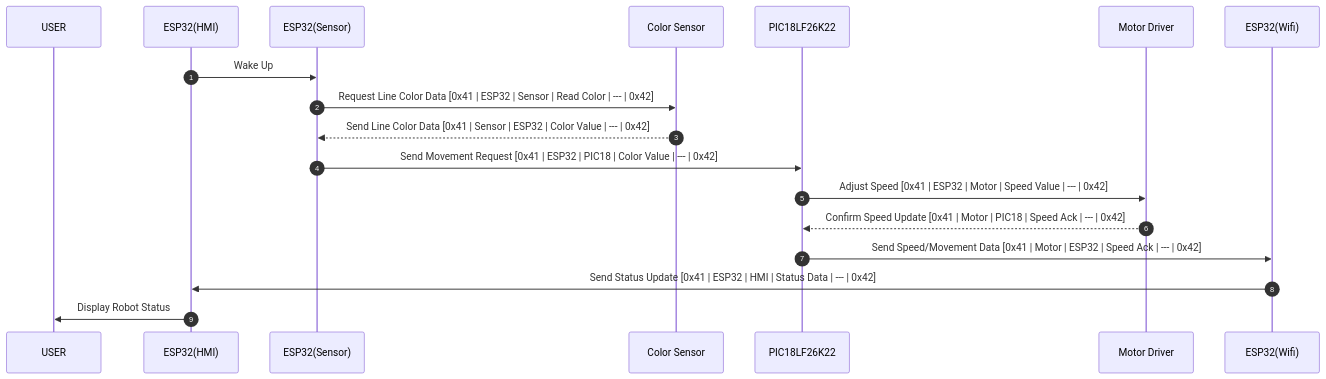
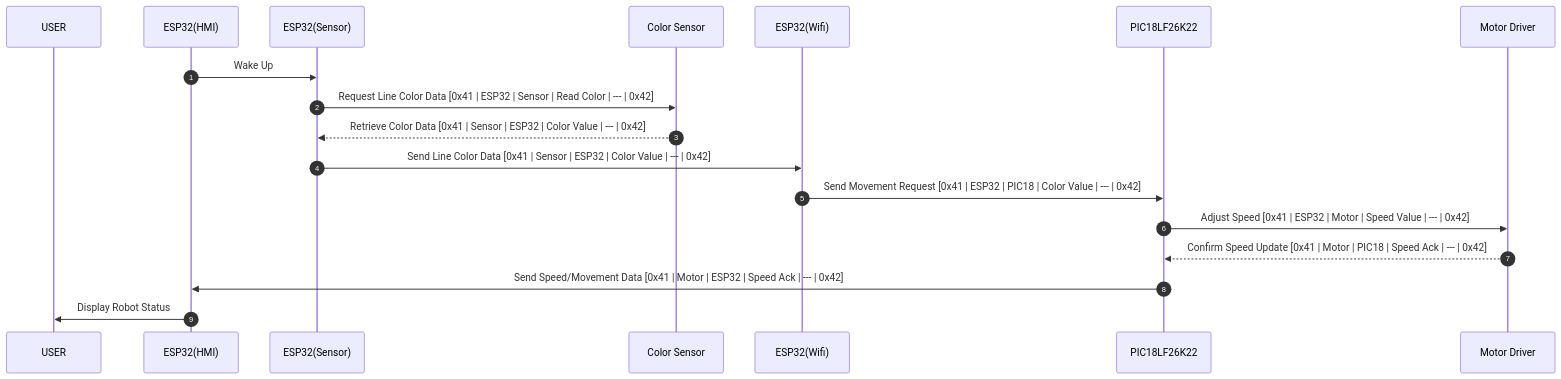
Before and after one commit to ASU-EGR314-2025-S-305/ASU-EGR314-2025-S-305.github.io: the second of 2 diagrams in docs/2-Block-Diagram.md, drawn with Mermaid. The commit also changed other lines of this file, not shown here.

````diff
--- a/docs/2-Block-Diagram.md
+++ b/docs/2-Block-Diagram.md
@@ -159,21 +159,21 @@
 ```mermaid
 sequenceDiagram
     autonumber
     participant USER
     participant ESP32(HMI)
     participant ESP32(Sensor)
     participant Color Sensor
+    participant ESP32(Wifi)
     participant PIC18LF26K22
     participant Motor Driver
-    participant ESP32(Wifi)
-
+    
     ESP32(HMI)->>ESP32(Sensor): Wake Up
     ESP32(Sensor)->>Color Sensor: Request Line Color Data [0x41 | ESP32 | Sensor | Read Color | --- | 0x42]
-    Color Sensor-->>ESP32(Sensor): Send Line Color Data [0x41 | Sensor | ESP32 | Color Value | --- | 0x42]
-    ESP32(Sensor)->>PIC18LF26K22: Send Movement Request [0x41 | ESP32 | PIC18 | Color Value | --- | 0x42]
+    Color Sensor-->>ESP32(Sensor): Retrieve Color Data [0x41 | Sensor | ESP32 | Color Value | --- | 0x42]
+    ESP32(Sensor)->>ESP32(Wifi): Send Line Color Data [0x41 | Sensor | ESP32 | Color Value | --- | 0x42]
+    ESP32(Wifi)->>PIC18LF26K22: Send Movement Request [0x41 | ESP32 | PIC18 | Color Value | --- | 0x42]
     PIC18LF26K22->>Motor Driver: Adjust Speed [0x41 | ESP32 | Motor | Speed Value | --- | 0x42]
     Motor Driver-->>PIC18LF26K22: Confirm Speed Update [0x41 | Motor | PIC18 | Speed Ack | --- | 0x42]
-    PIC18LF26K22->>ESP32(Wifi): Send Speed/Movement Data [0x41 | Motor | ESP32 | Speed Ack | --- | 0x42]
-    ESP32(Wifi)->>ESP32(HMI): Send Status Update [0x41 | ESP32 | HMI | Status Data | --- | 0x42]
+    PIC18LF26K22->>ESP32(HMI): Send Speed/Movement Data [0x41 | Motor | ESP32 | Speed Ack | --- | 0x42]
     ESP32(HMI)->>USER: Display Robot Status
 ```
````
